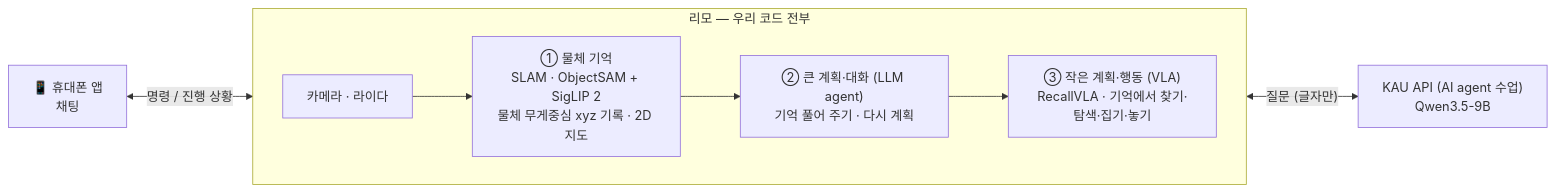
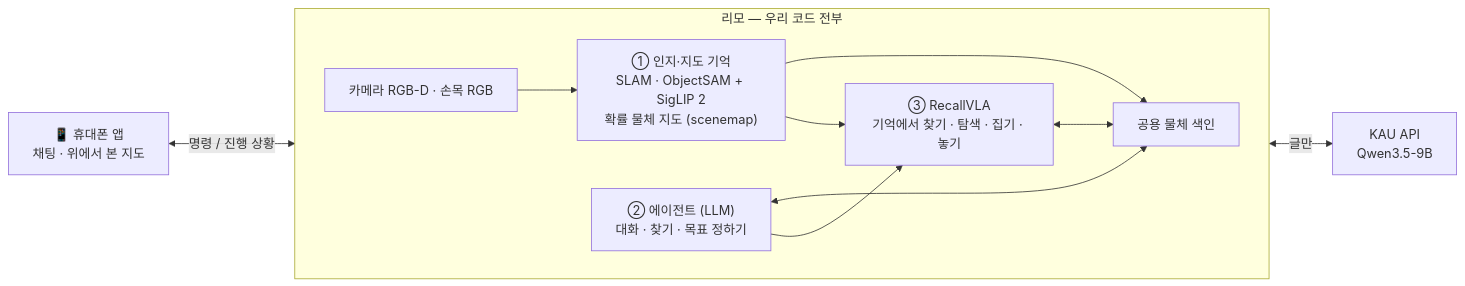
The diagram in docs/plan.md (juyoung020/robot-agent), drawn with Mermaid before and after one commit. The commit also changed other lines of this file and 1 other file, not shown here.

````diff
--- a/docs/plan.md
+++ b/docs/plan.md
@@ -15,13 +15,16 @@
 ```mermaid
 flowchart LR
-    APP["📱 휴대폰 앱<br/>채팅"]
+    APP["📱 휴대폰 앱<br/>채팅 · 위에서 본 지도"]
     subgraph LIMO["리모 — 우리 코드 전부"]
         direction LR
-        S["카메라 · 라이다"] --> M["① 물체 기억<br/>SLAM · ObjectSAM + SigLIP 2<br/>물체 무게중심 xyz 기록 · 2D 지도"]
-        M --> A["② 큰 계획·대화 (LLM agent)<br/>기억 풀어 주기 · 다시 계획"]
-        A --> V["③ 작은 계획·행동 (VLA)<br/>RecallVLA · 기억에서 찾기·탐색·집기·놓기"]
+        S["카메라 RGB-D · 손목 RGB"] --> M["① 인지·지도 기억<br/>SLAM · ObjectSAM + SigLIP 2<br/>확률 물체 지도 (scenemap)"]
+        M --> IDX["공용 물체 색인"]
+        A["② 에이전트 (LLM)<br/>대화 · 찾기 · 목표 정하기"] <--> IDX
+        A --> V["③ RecallVLA<br/>기억에서 찾기 · 탐색 · 집기 · 놓기"]
+        M --> V
+        V <--> IDX
     end
-    Q["KAU API (AI agent 수업)<br/>Qwen3.5-9B"]
+    Q["KAU API<br/>Qwen3.5-9B"]
     APP <-->|"명령 / 진행 상황"| A
-    A <-->|"질문 (글자만)"| Q
+    A <-->|"글만"| Q
 ```
````
